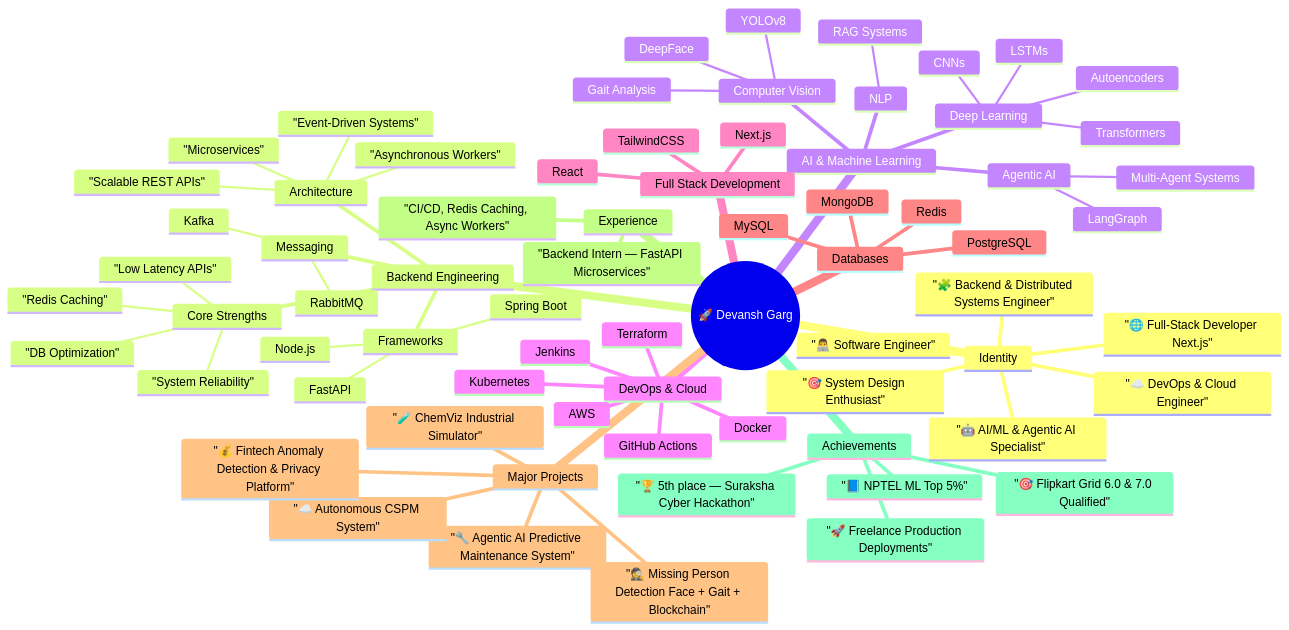
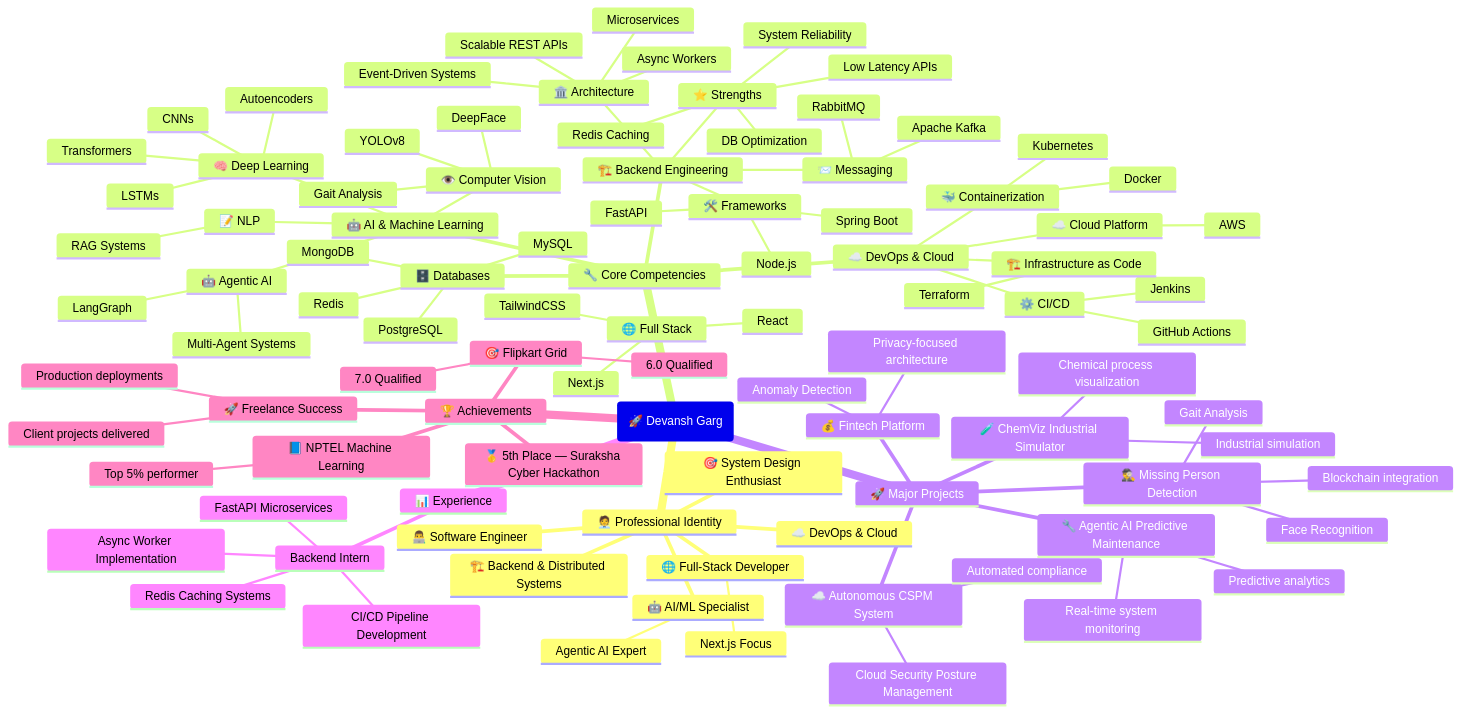
Before and after one commit to devansh728/devansh728: the first of 3 diagrams in README.md, drawn with Mermaid. The commit also changed other lines of this file, not shown here.

Commit message:
Revise README with updated mindmap and timeline
Updated the developer mindmap and timeline sections to reflect new skills, projects, and achievements, including additions in AI/ML, DevOps, and cloud technologies.

````diff
--- a/README.md
+++ b/README.md
@@ -62,75 +64,113 @@
 ```mermaid
 mindmap
-  root(("🚀 Devansh Garg"))
-    Identity
-      "👨‍💻 Software Engineer"
-      "🤖 AI/ML & Agentic AI Specialist"
-      "🧩 Backend & Distributed Systems Engineer"
-      "🌐 Full-Stack Developer Next.js"
-      "☁️ DevOps & Cloud Engineer"
-      "🎯 System Design Enthusiast"
-    Backend Engineering
-      Frameworks
-        FastAPI
-        Spring Boot
-        Node.js
-      Architecture
-        "Microservices"
-        "Event-Driven Systems"
-        "Scalable REST APIs"
-        "Asynchronous Workers"
-      Messaging
-        Kafka
-        RabbitMQ
-      Core Strengths
-        "Low Latency APIs"
-        "Redis Caching"
-        "DB Optimization"
-        "System Reliability"
-    AI & Machine Learning
-      Deep Learning
-        CNNs
-        LSTMs
-        Transformers
-        Autoencoders
-      Agentic AI
-        LangGraph
-        Multi-Agent Systems
-      Computer Vision
-        YOLOv8
-        DeepFace
+  root(🚀 Devansh Garg)
+    
+    🧑‍💼 Professional Identity
+      👨‍💻 Software Engineer
+      🤖 AI/ML Specialist
+        Agentic AI Expert
+      🏗️ Backend & Distributed Systems
+      🌐 Full-Stack Developer
+        Next.js Focus
+      ☁️ DevOps & Cloud
+      🎯 System Design Enthusiast
+    
+    🔧 Core Competencies
+      🏗️ Backend Engineering
+        🛠️ Frameworks
+          FastAPI
+          Spring Boot
+          Node.js
+        🏛️ Architecture
+          Microservices
+          Event-Driven Systems
+          Scalable REST APIs
+          Async Workers
+        📨 Messaging
+          Apache Kafka
+          RabbitMQ
+        ⭐ Strengths
+          Low Latency APIs
+          Redis Caching
+          DB Optimization
+          System Reliability
+      
+      🤖 AI & Machine Learning
+        🧠 Deep Learning
+          CNNs
+          LSTMs
+          Transformers
+          Autoencoders
+        🤖 Agentic AI
+          LangGraph
+          Multi-Agent Systems
+        👁️ Computer Vision
+          YOLOv8
+          DeepFace
+          Gait Analysis
+        📝 NLP
+          RAG Systems
+        
+      ☁️ DevOps & Cloud
+        🐳 Containerization
+          Docker
+          Kubernetes
+        ☁️ Cloud Platform
+          AWS
+        ⚙️ CI/CD
+          GitHub Actions
+          Jenkins
+        🏗️ Infrastructure as Code
+          Terraform
+        
+      🌐 Full Stack
+        Next.js
+        React
+        TailwindCSS
+        
+      🗄️ Databases
+        PostgreSQL
+        MongoDB
+        MySQL
+        Redis
+    
+    🚀 Major Projects
+      🔧 Agentic AI Predictive Maintenance
+        Real-time system monitoring
+        Predictive analytics
+      
+      🕵️‍♂️ Missing Person Detection
+        Face Recognition
         Gait Analysis
-      NLP
-        RAG Systems
-    DevOps & Cloud
-      Docker
-      Kubernetes
-      AWS
-      GitHub Actions
-      Jenkins
-      Terraform
-    Full Stack Development
-      Next.js
-      React
-      TailwindCSS
-    Databases
-      PostgreSQL
-      MongoDB
-      MySQL
-      Redis
-    Major Projects
-      "🔧 Agentic AI Predictive Maintenance System"
-      "🕵️ Missing Person Detection Face + Gait + Blockchain"
-      "☁️ Autonomous CSPM System"
-      "🧪 ChemViz Industrial Simulator"
-      "💰 Fintech Anomaly Detection & Privacy Platform"
-    Experience
-      "Backend Intern — FastAPI Microservices"
-      "CI/CD, Redis Caching, Async Workers"
-    Achievements
-      "🏆 5th place — Suraksha Cyber Hackathon"
-      "🎯 Flipkart Grid 6.0 & 7.0 Qualified"
-      "📘 NPTEL ML Top 5%"
-      "🚀 Freelance Production Deployments"
-
+        Blockchain integration
+      
+      ☁️ Autonomous CSPM System
+        Cloud Security Posture Management
+        Automated compliance
+        
+      🧪 ChemViz Industrial Simulator
+        Chemical process visualization
+        Industrial simulation
+        
+      💰 Fintech Platform
+        Anomaly Detection
+        Privacy-focused architecture
+    
+    📊 Experience
+      Backend Intern
+        FastAPI Microservices
+        CI/CD Pipeline Development
+        Redis Caching Systems
+        Async Worker Implementation
+    
+    🏆 Achievements
+      🥇 5th Place — Suraksha Cyber Hackathon
+      🎯 Flipkart Grid
+        6.0 Qualified
+        7.0 Qualified
+      📘 NPTEL Machine Learning
+        Top 5% performer
+      🚀 Freelance Success
+        Production deployments
+        Client projects delivered
 ```
````
